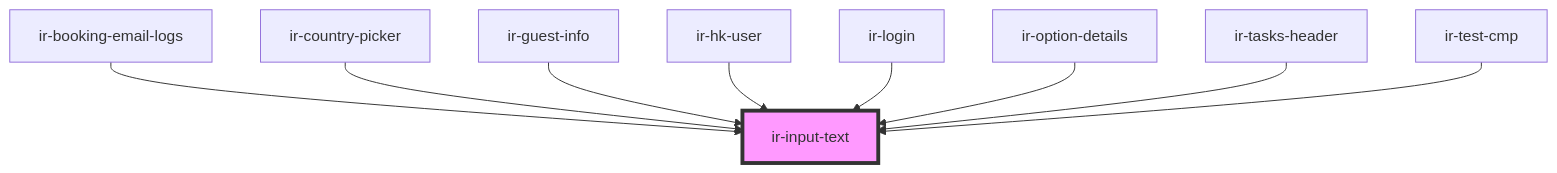
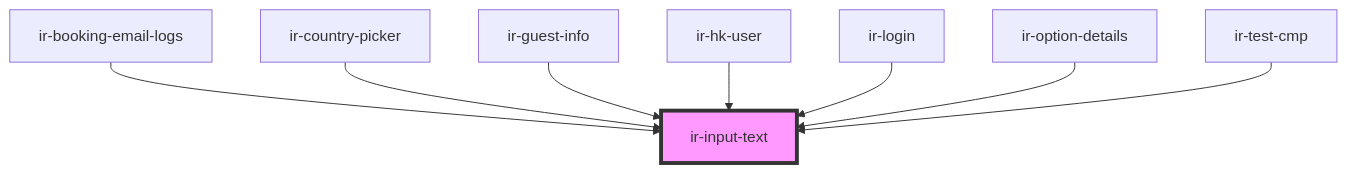
The diagram in src/components/ui/ir-input-text/readme.md (RonyRizk/ir-webcmp), drawn with Mermaid before and after one commit. The commit also changed other lines of this file and 88 other files, not shown here.

````diff
--- a/src/components/ui/ir-input-text/readme.md
+++ b/src/components/ui/ir-input-text/readme.md
@@ -116,12 +115,11 @@
 ```mermaid
 graph TD;
   ir-booking-email-logs --> ir-input-text
   ir-country-picker --> ir-input-text
   ir-guest-info --> ir-input-text
   ir-hk-user --> ir-input-text
   ir-login --> ir-input-text
   ir-option-details --> ir-input-text
-  ir-tasks-header --> ir-input-text
   ir-test-cmp --> ir-input-text
   style ir-input-text fill:#f9f,stroke:#333,stroke-width:4px
 ```
````
